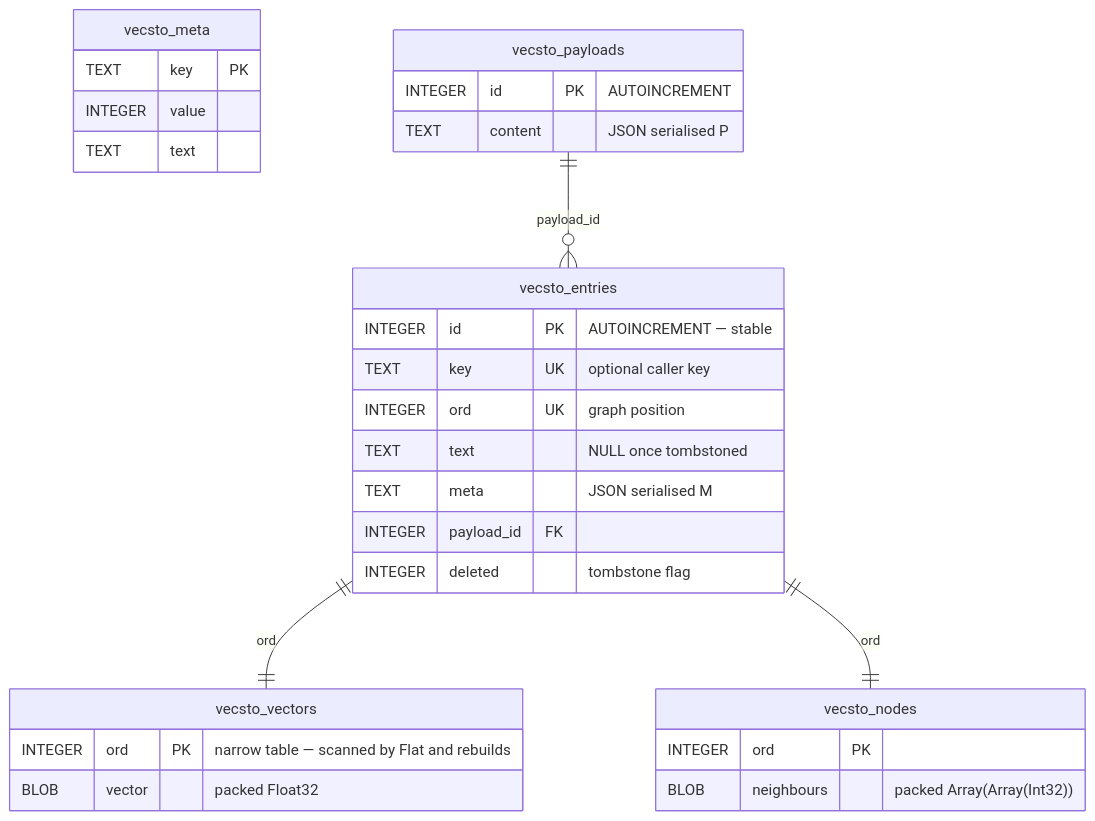
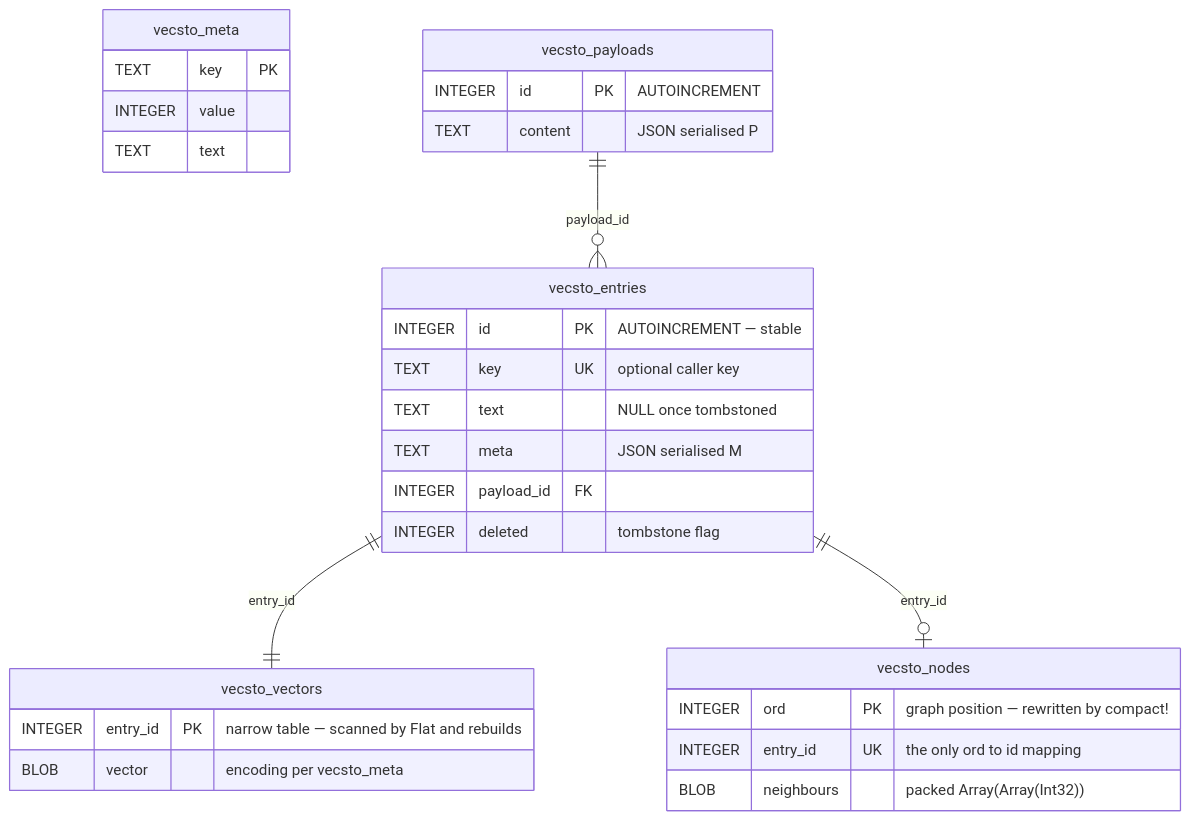
One commit to nogginly/vecstolite.cr changed the second of 3 diagrams in DESIGN.md. Above: the diagram before and after it, drawn with Mermaid. The commit also changed other lines of this file and 2 other files, not shown here.

````diff
--- a/DESIGN.md
+++ b/DESIGN.md
@@ -165,33 +169,33 @@
 ```mermaid
 erDiagram
     vecsto_meta {
         TEXT key PK
         INTEGER value
         TEXT text
     }
     vecsto_payloads {
         INTEGER id PK "AUTOINCREMENT"
         TEXT content "JSON serialised P"
     }
     vecsto_entries {
         INTEGER id PK "AUTOINCREMENT — stable"
         TEXT key UK "optional caller key"
-        INTEGER ord UK "graph position"
         TEXT text "NULL once tombstoned"
         TEXT meta "JSON serialised M"
         INTEGER payload_id FK
         INTEGER deleted "tombstone flag"
     }
     vecsto_vectors {
-        INTEGER ord PK "narrow table — scanned by Flat and rebuilds"
-        BLOB vector "packed Float32"
+        INTEGER entry_id PK "narrow table — scanned by Flat and rebuilds"
+        BLOB vector "encoding per vecsto_meta"
     }
     vecsto_nodes {
-        INTEGER ord PK
+        INTEGER ord PK "graph position — rewritten by compact!"
+        INTEGER entry_id UK "the only ord to id mapping"
         BLOB neighbours "packed Array(Array(Int32))"
     }
 
     vecsto_payloads ||--o{ vecsto_entries  : "payload_id"
-    vecsto_entries  ||--|| vecsto_vectors  : "ord"
-    vecsto_entries  ||--|| vecsto_nodes    : "ord"
+    vecsto_entries  ||--|| vecsto_vectors  : "entry_id"
+    vecsto_entries  ||--o| vecsto_nodes    : "entry_id"
 ```
````
